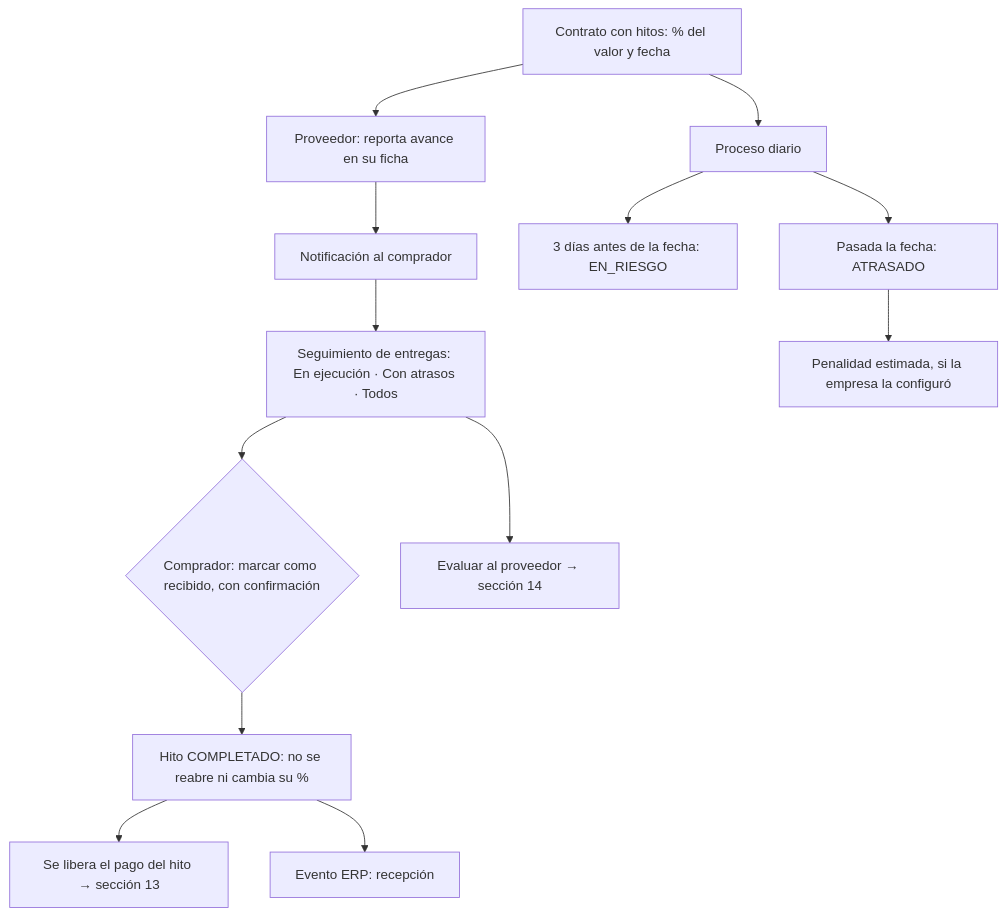
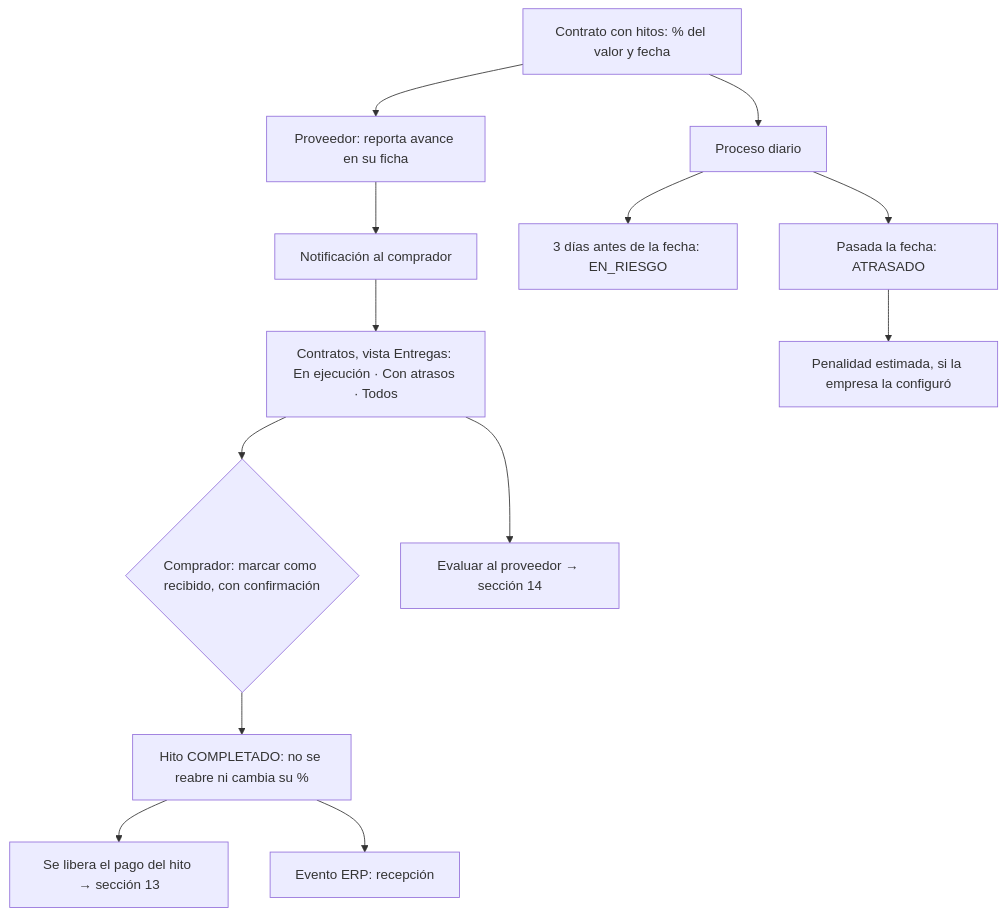
Before and after one commit to johnalecc21/bolt_pro: diagram 22 of 34 in docs/DIAGRAMAS-FLUJO.md, drawn with Mermaid. The commit also changed other lines of this file and 30 other files, not shown here.

````diff
--- a/docs/DIAGRAMAS-FLUJO.md
+++ b/docs/DIAGRAMAS-FLUJO.md
@@ -524,15 +528,15 @@
 ```mermaid
 flowchart TD
     A["Contrato con hitos: % del valor y fecha"] --> B["Proveedor: reporta avance en su ficha"]
     B --> C["Notificación al comprador"]
-    C --> D["Seguimiento de entregas: En ejecución · Con atrasos · Todos"]
+    C --> D["Contratos, vista Entregas: En ejecución · Con atrasos · Todos"]
     D --> E{"Comprador: marcar como recibido, con confirmación"}
     E --> F["Hito COMPLETADO: no se reabre ni cambia su %"]
     F --> G["Se libera el pago del hito → sección 13"]
     F --> H["Evento ERP: recepción"]
     D --> J["Evaluar al proveedor → sección 14"]
     A --> K["Proceso diario"]
     K --> K1["3 días antes de la fecha: EN_RIESGO"]
     K --> K2["Pasada la fecha: ATRASADO"]
     K2 --> K3["Penalidad estimada, si la empresa la configuró"]
 ```
````
